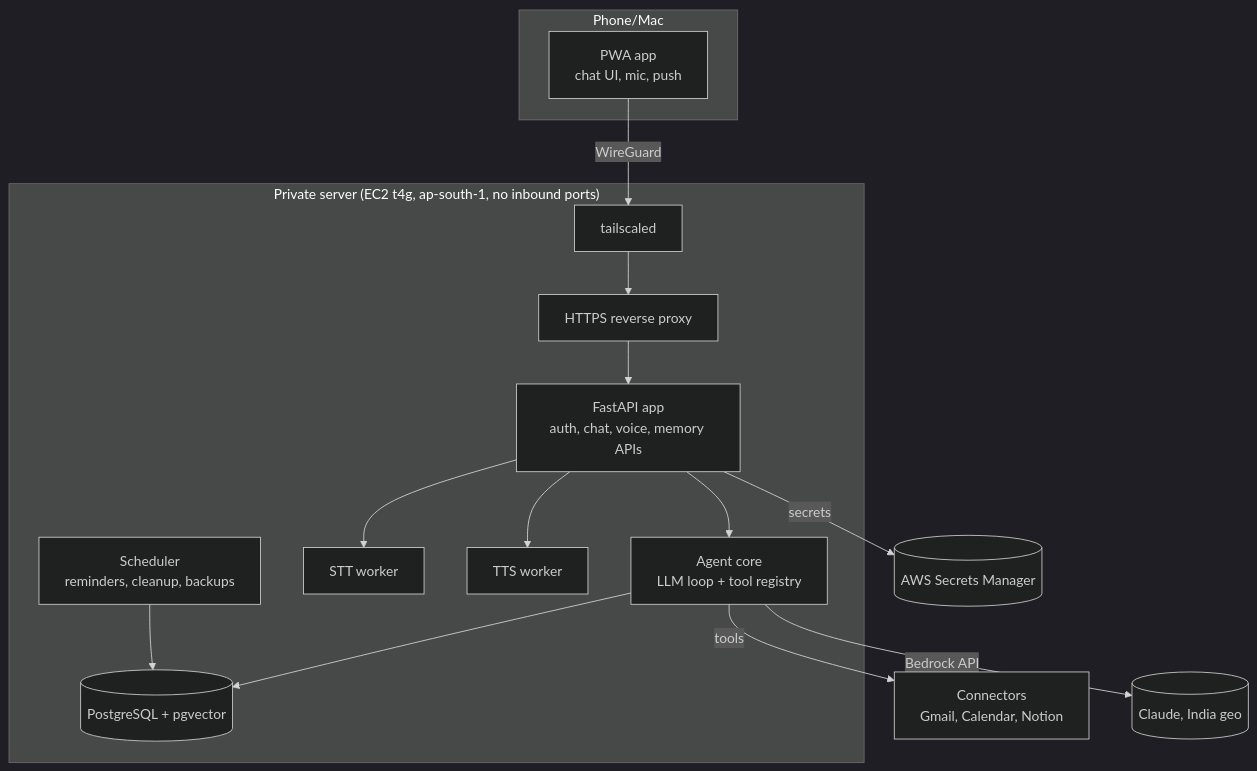
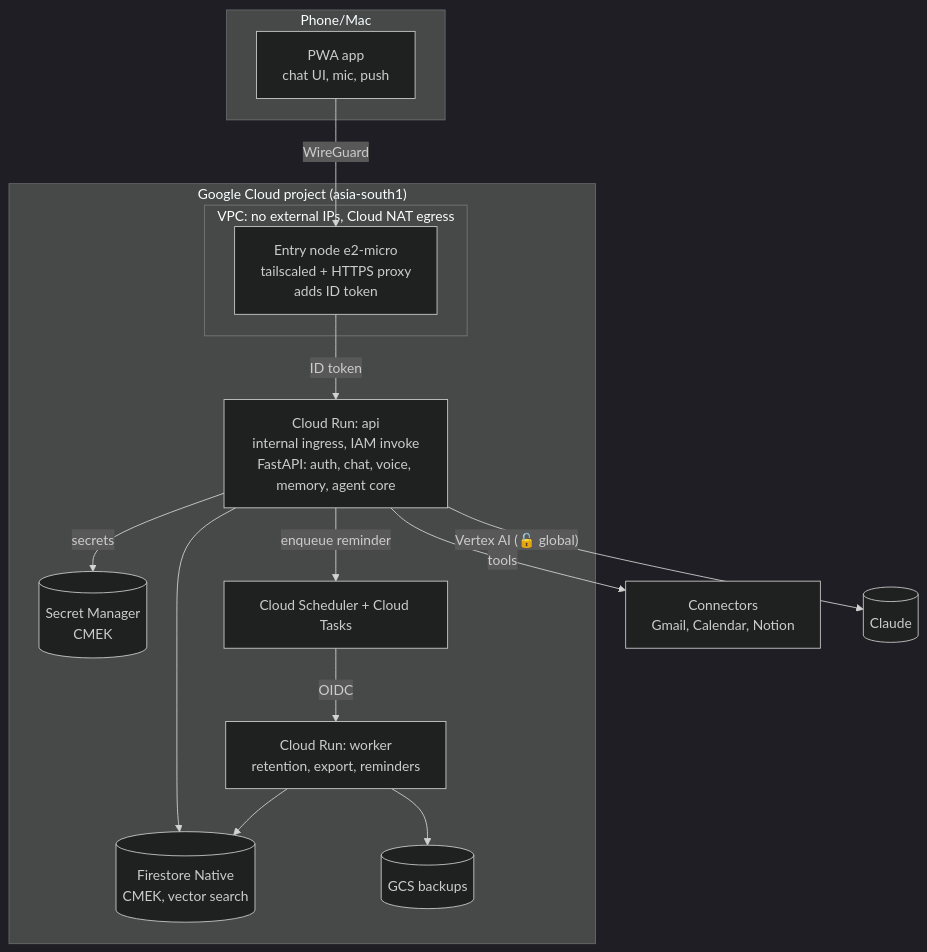
The second of 5 diagrams in docs/DESIGN.md (SharoffNIKHIL/Weekend2.0), drawn with Mermaid (dark theme) before and after one commit. The commit also changed other lines of this file and 91 other files, not shown here.

First line of the commit message:
feat(gcp)!: move Weekend 2.0 from AWS to Google Cloud (D4 decided)

````diff
--- a/docs/DESIGN.md
+++ b/docs/DESIGN.md
@@ -173,25 +176,26 @@
 ```mermaid
 flowchart TB
   subgraph Phone/Mac
     pwa[PWA app<br/>chat UI, mic, push]
   end
-  subgraph Server["Private server (EC2 t4g, ap-south-1, no inbound ports)"]
-    ts[tailscaled]
-    caddy[HTTPS reverse proxy]
-    api[FastAPI app<br/>auth, chat, voice, memory APIs]
-    agent[Agent core<br/>LLM loop + tool registry]
-    stt[STT worker]
-    tts[TTS worker]
-    sched[Scheduler<br/>reminders, cleanup, backups]
-    pg[(PostgreSQL + pgvector)]
+  subgraph GCP["Google Cloud project (asia-south1)"]
+    subgraph VPC["VPC: no external IPs, Cloud NAT egress"]
+      node[Entry node e2-micro<br/>tailscaled + HTTPS proxy<br/>adds ID token]
+    end
+    api[Cloud Run: api<br/>internal ingress, IAM invoke<br/>FastAPI: auth, chat, voice, memory, agent core]
+    worker[Cloud Run: worker<br/>retention, export, reminders]
+    fs[(Firestore Native<br/>CMEK, vector search)]
+    sm[(Secret Manager<br/>CMEK)]
+    gcs[(GCS backups)]
+    sched[Cloud Scheduler + Cloud Tasks]
   end
-  pwa -- WireGuard --> ts --> caddy --> api
-  api --> agent
-  api --> stt
-  api --> tts
-  agent --> pg
-  sched --> pg
-  agent -- tools --> conn[Connectors<br/>Gmail, Calendar, Notion]
-  agent -- Bedrock API --> llm[(Claude, India geo)]
-  api -- secrets --> sm[(AWS Secrets Manager)]
+  pwa -- WireGuard --> node -- ID token --> api
+  api --> fs
+  api -- secrets --> sm
+  api -- enqueue reminder --> sched
+  sched -- OIDC --> worker
+  worker --> fs
+  worker --> gcs
+  api -- tools --> conn[Connectors<br/>Gmail, Calendar, Notion]
+  api -- "Vertex AI (🔓 global)" --> llm[(Claude)]
 ```
````
